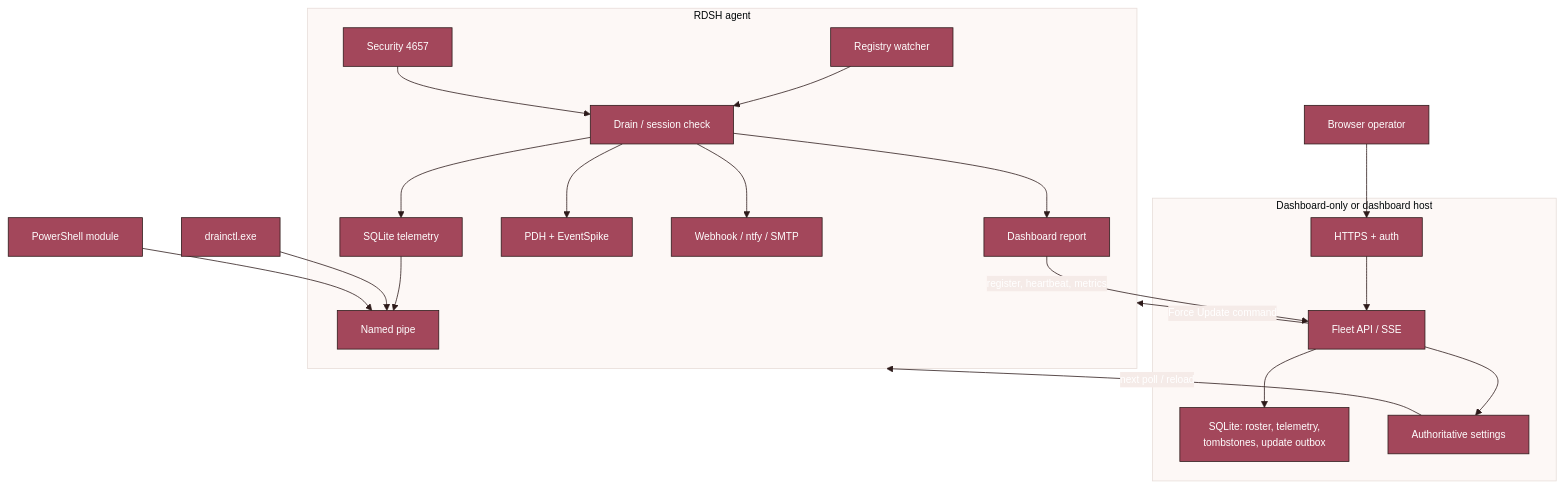
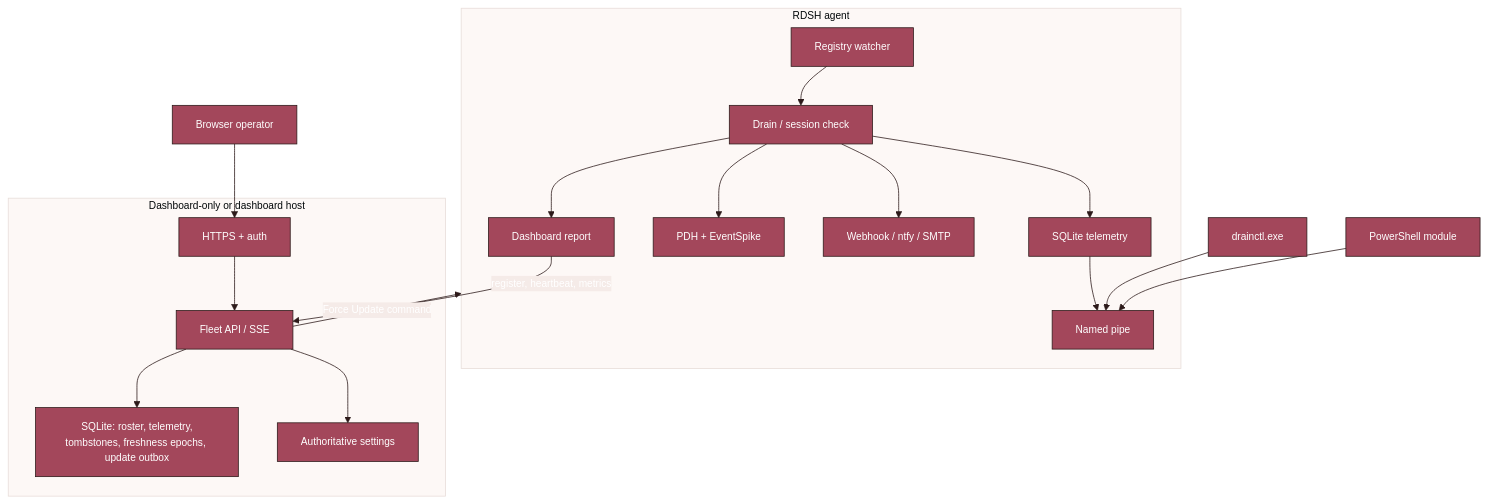
The first of 2 diagrams in README.md (LISSConsulting/LISSTech.DrainCtl), drawn with Mermaid before and after one commit. The commit also changed other lines of this file and 1 other file, not shown here.

````diff
--- a/README.md
+++ b/README.md
@@ -67,26 +67,23 @@
 ```mermaid
 %%{init: {'theme': 'base', 'themeVariables': {'primaryColor': '#a3475b', 'primaryTextColor': '#fff', 'primaryBorderColor': '#2d1a1a', 'secondaryColor': '#f5ebe8', 'tertiaryColor': '#fdf8f6', 'lineColor': '#2d1a1a', 'fontFamily': 'monospace', 'fontSize': '13px'}}}%%
 graph TB
     subgraph AGENT["RDSH agent"]
         RNK["Registry watcher"] --> CHECK["Drain / session check"]
-        EVT["Security 4657"] --> CHECK
         CHECK --> STORE["SQLite telemetry"]
         CHECK --> PERF["PDH + EventSpike"]
         CHECK --> NOTIFY["Webhook / ntfy / SMTP"]
+        CHECK --> REPORT["Dashboard report"]
         STORE --> PIPE["Named pipe"]
-        CHECK --> REPORT["Dashboard report"]
     end
-
     subgraph DASH["Dashboard-only or dashboard host"]
         AUTH["HTTPS + auth"] --> FLEET["Fleet API / SSE"]
-        FLEET --> DSTORE["SQLite: roster, telemetry,<br/>tombstones, update outbox"]
+        FLEET --> DSTORE["SQLite: roster, telemetry,<br/>tombstones, freshness epochs, update outbox"]
         FLEET --> SETTINGS["Authoritative settings"]
     end
 
     REPORT -->|"register, heartbeat, metrics"| FLEET
-    SETTINGS -->|"next poll / reload"| AGENT
     FLEET -->|"Force Update command"| AGENT
     CLI["drainctl.exe"] --> PIPE
     PS["PowerShell module"] --> PIPE
     OP["Browser operator"] --> AUTH
 ```
````
